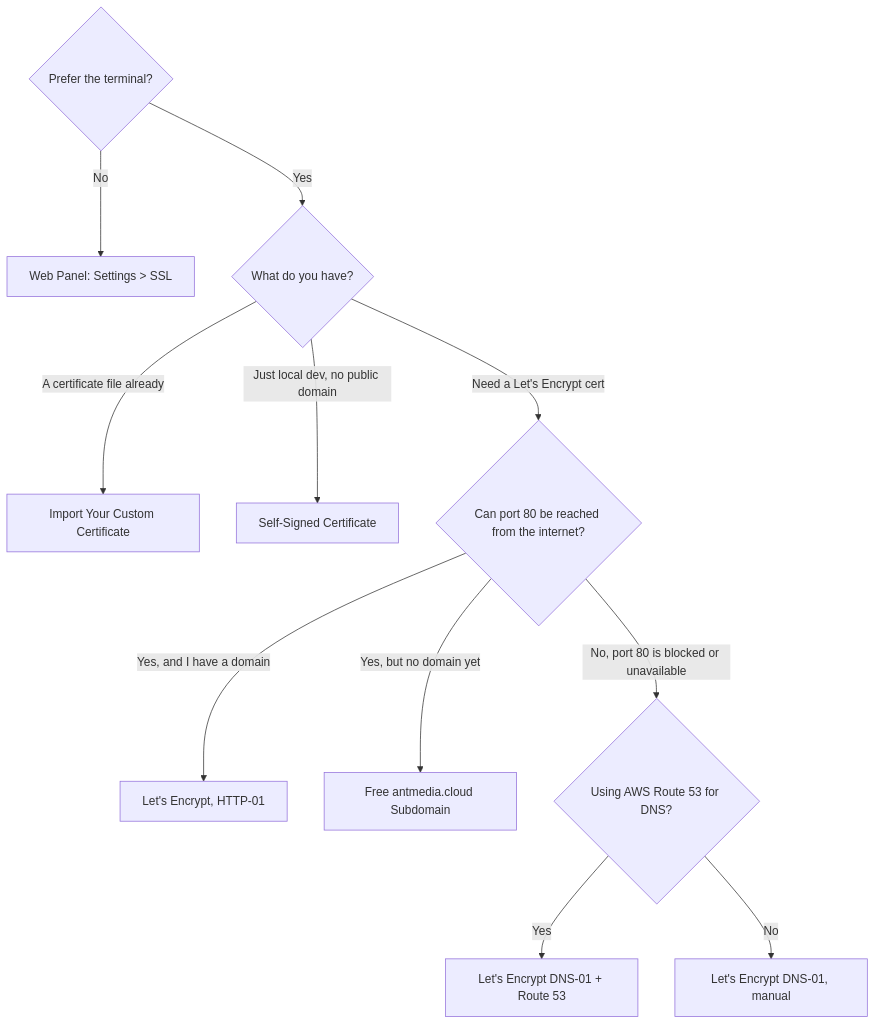
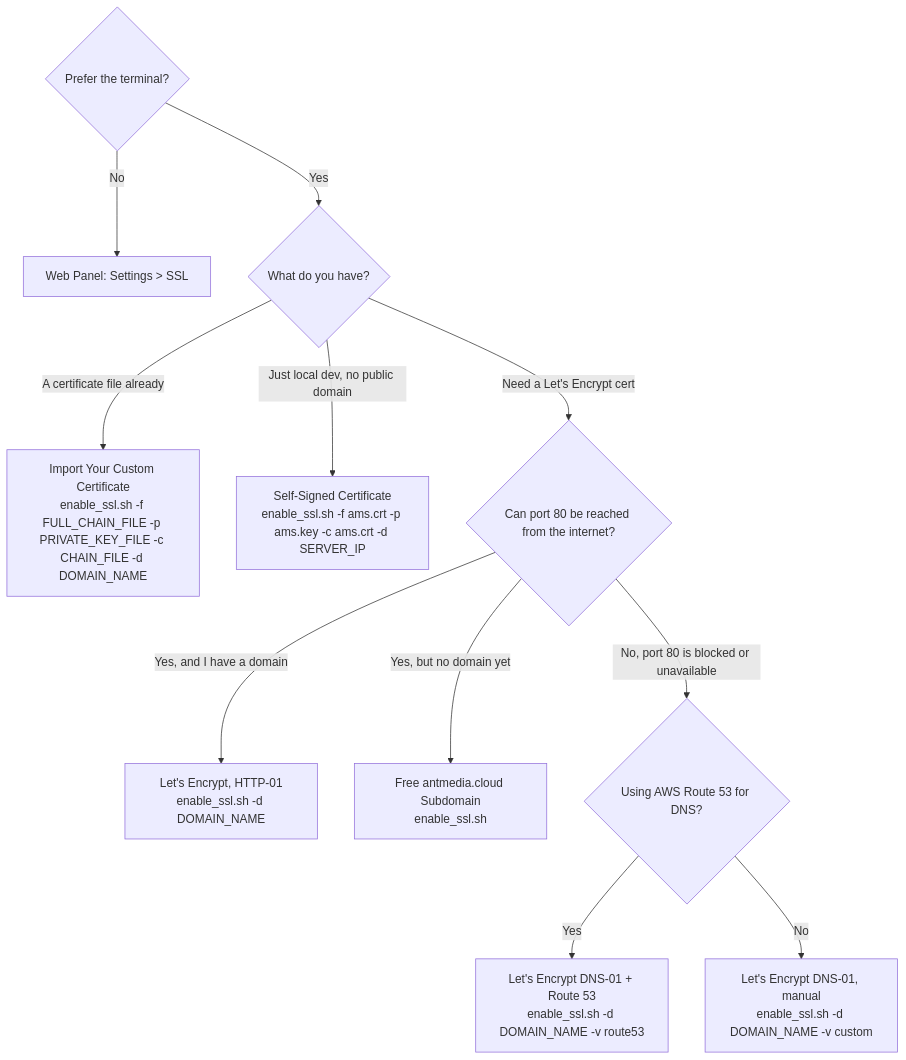
The diagram in docs/guides/installing-on-linux/setting-up-ssl.md (ant-media/ant-media-documentation), drawn with Mermaid before and after one commit. The commit also changed other lines of this file, not shown here.

Commit message:
setting-up-ssl.md: embed commands in decision diagram, fix enable_ssh.sh typo
While reviewing a colleague's alternate rendering of the docs for ideas,
found their SSL decision-tree diagram embeds the actual enable_ssl.sh
invocation in each leaf node instead of just naming the option -- more
actionable at a glance than linking to a heading. Adopted that technique
in our own diagram (which already covers one branch theirs doesn't: the
Self-Signed Certificate / local-dev path). All commands embedded are
copied from the doc's own already-verified examples below the diagram,
not new claims.

Also fixed a real, unrelated typo found while in this file: the free
antmedia.cloud subdomain section's prose said "Run the `enable_ssh.sh`
command" (extra h) -- the code block directly below it was already
correct (`enable_ssl.sh`), only the inline reference had the typo.

````diff
--- a/docs/guides/installing-on-linux/setting-up-ssl.md
+++ b/docs/guides/installing-on-linux/setting-up-ssl.md
@@ -14,14 +14,14 @@
 ```mermaid
 flowchart TD
     A{Prefer the terminal?}
     A -->|No| B["Web Panel: Settings > SSL"]
     A -->|Yes| C{What do you have?}
-    C -->|A certificate file already| D["Import Your Custom Certificate"]
-    C -->|Just local dev, no public domain| E["Self-Signed Certificate"]
+    C -->|A certificate file already| D["Import Your Custom Certificate<br/>enable_ssl.sh -f FULL_CHAIN_FILE -p PRIVATE_KEY_FILE -c CHAIN_FILE -d DOMAIN_NAME"]
+    C -->|Just local dev, no public domain| E["Self-Signed Certificate<br/>enable_ssl.sh -f ams.crt -p ams.key -c ams.crt -d SERVER_IP"]
     C -->|Need a Let's Encrypt cert| F{Can port 80 be reached from the internet?}
-    F -->|Yes, and I have a domain| G["Let's Encrypt, HTTP-01"]
-    F -->|Yes, but no domain yet| H["Free antmedia.cloud Subdomain"]
+    F -->|Yes, and I have a domain| G["Let's Encrypt, HTTP-01<br/>enable_ssl.sh -d DOMAIN_NAME"]
+    F -->|Yes, but no domain yet| H["Free antmedia.cloud Subdomain<br/>enable_ssl.sh"]
     F -->|No, port 80 is blocked or unavailable| I{Using AWS Route 53 for DNS?}
-    I -->|Yes| J["Let's Encrypt DNS-01 + Route 53"]
-    I -->|No| K["Let's Encrypt DNS-01, manual"]
+    I -->|Yes| J["Let's Encrypt DNS-01 + Route 53<br/>enable_ssl.sh -d DOMAIN_NAME -v route53"]
+    I -->|No| K["Let's Encrypt DNS-01, manual<br/>enable_ssl.sh -d DOMAIN_NAME -v custom"]
 ```
````
